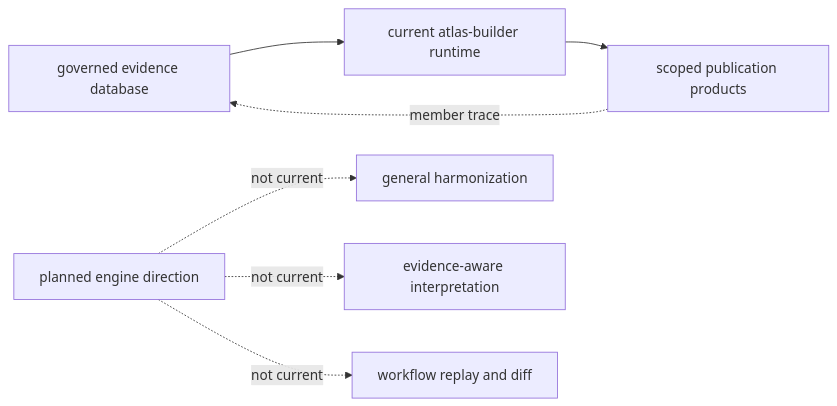
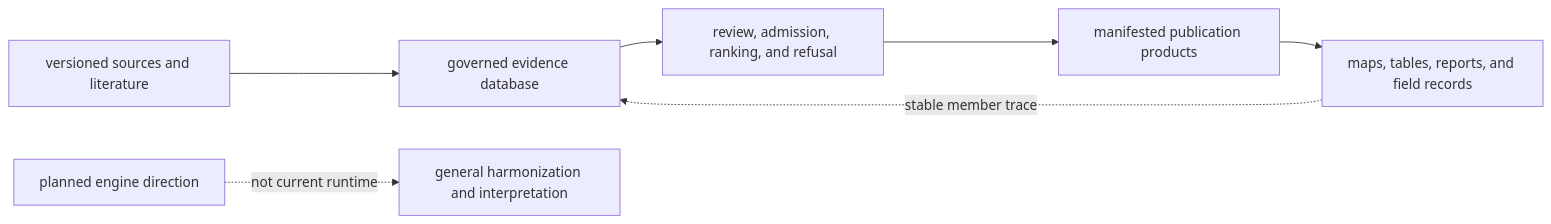
The first of 2 diagrams in README.md (bijux/bijux-pollenomics), drawn with Mermaid before and after one commit. The commit also changed other lines of this file, not shown here.

````diff
--- a/README.md
+++ b/README.md
@@ -24,9 +53,9 @@
 ```mermaid
 flowchart LR
-    Database["governed evidence database"] --> Current["current atlas-builder runtime"]
-    Current --> Publish["scoped publication products"]
-    Publish -. "member trace" .-> Database
-    Planned["planned engine direction"] -. not current .-> Harmonize["general harmonization"]
-    Planned -. not current .-> Interpret["evidence-aware interpretation"]
-    Planned -. not current .-> Replay["workflow replay and diff"]
+    Sources["versioned sources and literature"] --> Evidence["governed evidence database"]
+    Evidence --> Decisions["review, admission, ranking, and refusal"]
+    Decisions --> Products["manifested publication products"]
+    Products --> Views["maps, tables, reports, and field records"]
+    Views -. "stable member trace" .-> Evidence
+    Direction["planned engine direction"] -. "not current runtime" .-> Future["general harmonization and interpretation"]
 ```
````
